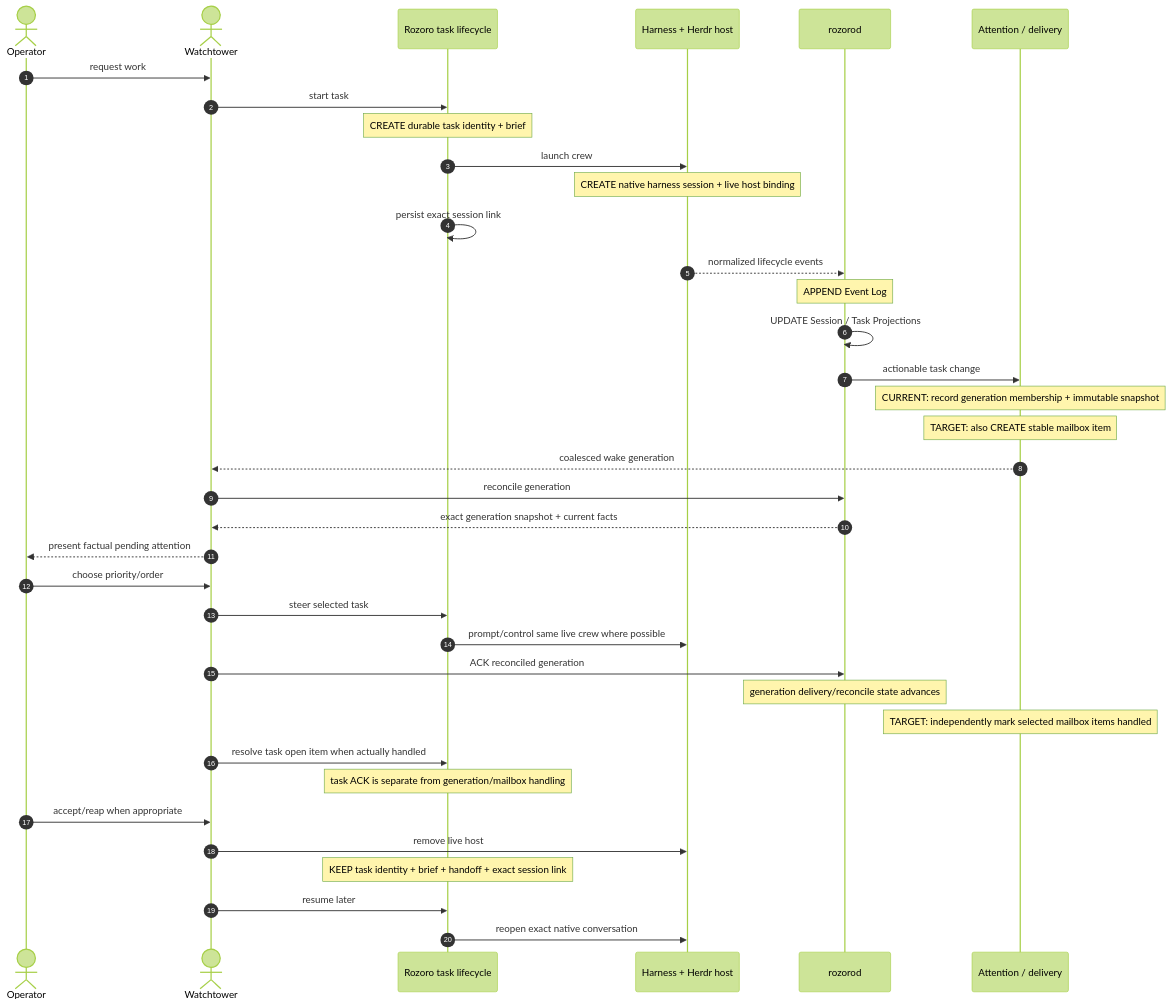
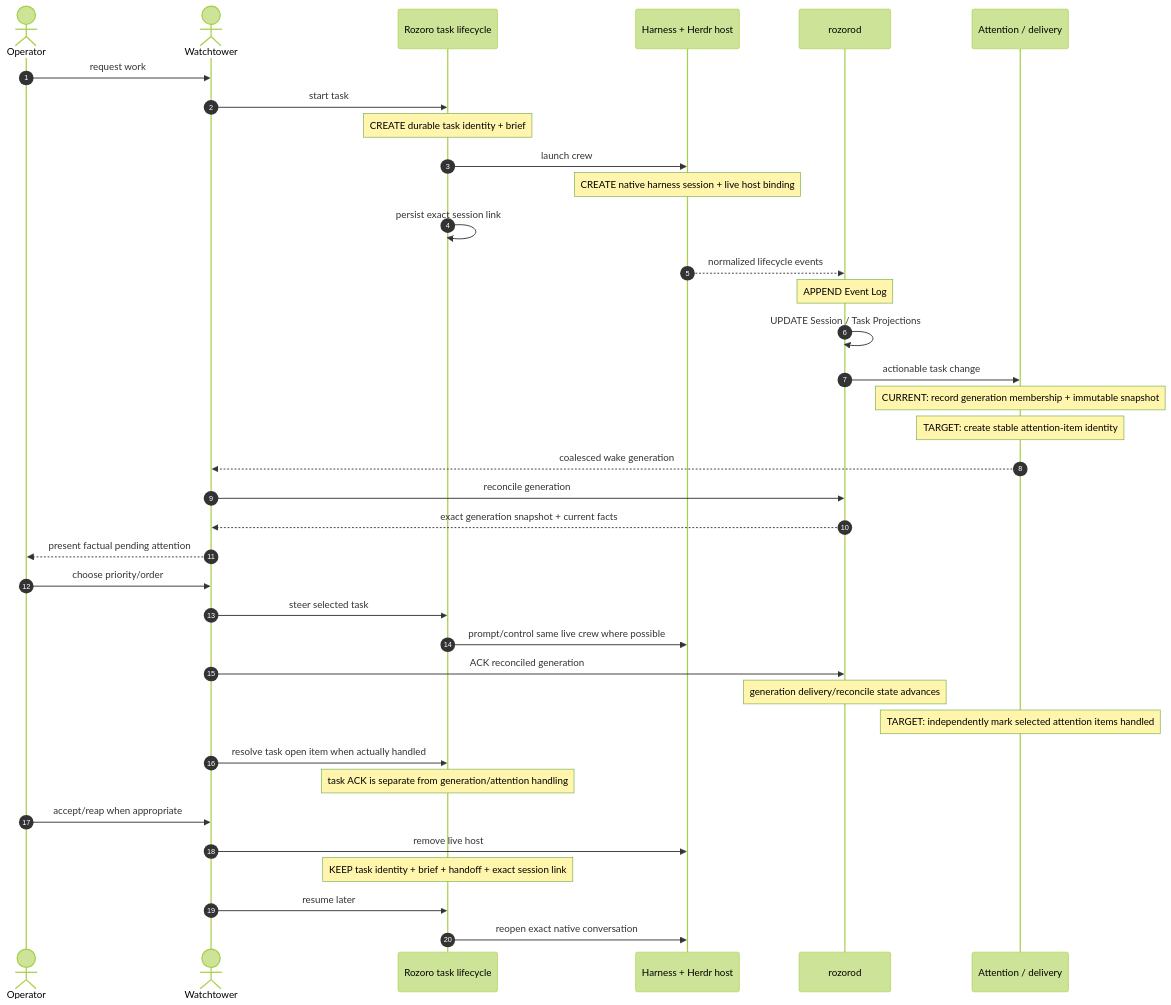
The diagram in docs/artifact-lifecycle.md (odjhey/rozoro), drawn with Mermaid (forest theme) before and after one commit. The commit also changed other lines of this file, not shown here.

Commit message:
docs: describe attention identity as a capability

````diff
--- a/docs/artifact-lifecycle.md
+++ b/docs/artifact-lifecycle.md
@@ -7,49 +7,49 @@
 ```mermaid
 sequenceDiagram
     autonumber
     actor O as Operator
     actor W as Watchtower
     participant R as Rozoro task lifecycle
     participant H as Harness + Herdr host
     participant D as rozorod
     participant A as Attention / delivery
 
     O->>W: request work
     W->>R: start task
     Note over R: CREATE durable task identity + brief
 
     R->>H: launch crew
     Note over H: CREATE native harness session + live host binding
     R->>R: persist exact session link
 
     H-->>D: normalized lifecycle events
     Note over D: APPEND Event Log
     D->>D: UPDATE Session / Task Projections
 
     D->>A: actionable task change
     Note over A: CURRENT: record generation membership + immutable snapshot
-    Note over A: TARGET: also CREATE stable mailbox item
+    Note over A: TARGET: create stable attention-item identity
 
     A-->>W: coalesced wake generation
     W->>D: reconcile generation
     D-->>W: exact generation snapshot + current facts
     W-->>O: present factual pending attention
     O->>W: choose priority/order
 
     W->>R: steer selected task
     R->>H: prompt/control same live crew where possible
 
     W->>D: ACK reconciled generation
     Note over D: generation delivery/reconcile state advances
-    Note over A: TARGET: independently mark selected mailbox items handled
+    Note over A: TARGET: independently mark selected attention items handled
 
     W->>R: resolve task open item when actually handled
-    Note over R: task ACK is separate from generation/mailbox handling
+    Note over R: task ACK is separate from generation/attention handling
 
     O->>W: accept/reap when appropriate
     W->>H: remove live host
     Note over R: KEEP task identity + brief + handoff + exact session link
 
     W->>R: resume later
     R->>H: reopen exact native conversation
 ```
````
